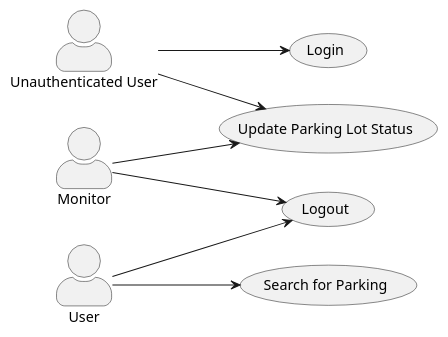
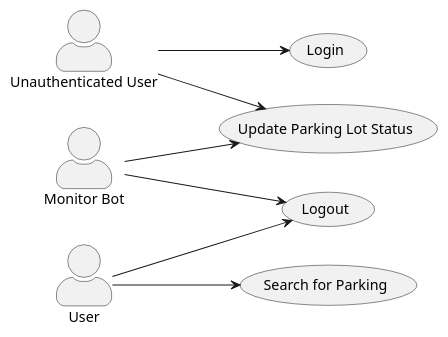
The diagram in docs/diargrams/monitor-use-case.puml (Rhys-LIT/perfect-parking-fyp), drawn with PlantUML before and after one commit. The commit also changed 1 other file, not shown here.

Commit message:
diagram update

```diff
--- a/docs/diargrams/monitor-use-case.puml
+++ b/docs/diargrams/monitor-use-case.puml
@@ -1,20 +1,20 @@
 @startuml user-access
 
 skinparam actorStyle awesome
 left to right direction
-"Monitor" as monitor
+"Monitor Bot" as monitor
 "Unauthenticated User" as guest
 "User" as user
 "Update Parking Lot Status" as (updateParkingLotStatus)
 "Search for Parking" as (search)
 "Login" as (login)
 "Logout" as (logout)
 
 monitor --> logout
 guest --> login
 monitor --> updateParkingLotStatus
 guest --> updateParkingLotStatus
 user --> search
 user --> logout
 
 @enduml
```
